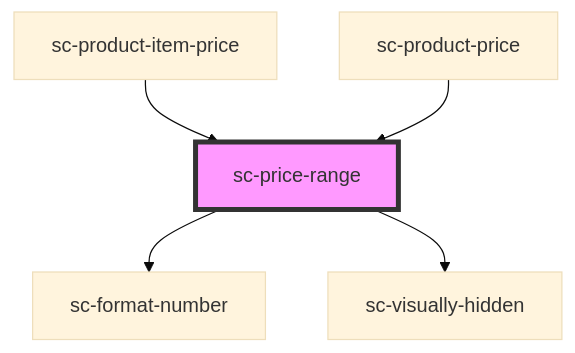
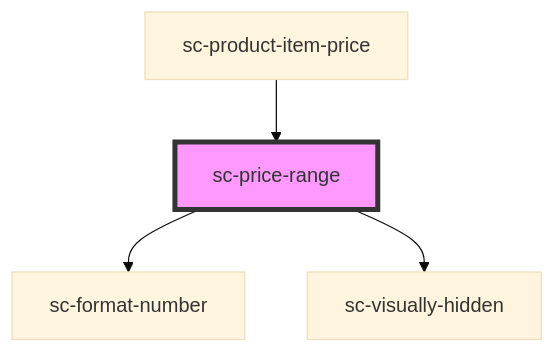
One commit to surecart/surecart-wp-plugin changed the diagram in packages/components/src/components/ui/sc-price-range/readme.md. Above: the diagram before and after it, drawn with Mermaid (base theme). The commit also changed other lines of this file and 37 other files, not shown here.

````diff
--- a/packages/components/src/components/ui/sc-price-range/readme.md
+++ b/packages/components/src/components/ui/sc-price-range/readme.md
@@ -28,8 +27,7 @@
 ```mermaid
 graph TD;
   sc-price-range --> sc-format-number
   sc-price-range --> sc-visually-hidden
   sc-product-item-price --> sc-price-range
-  sc-product-price --> sc-price-range
   style sc-price-range fill:#f9f,stroke:#333,stroke-width:4px
 ```
````
